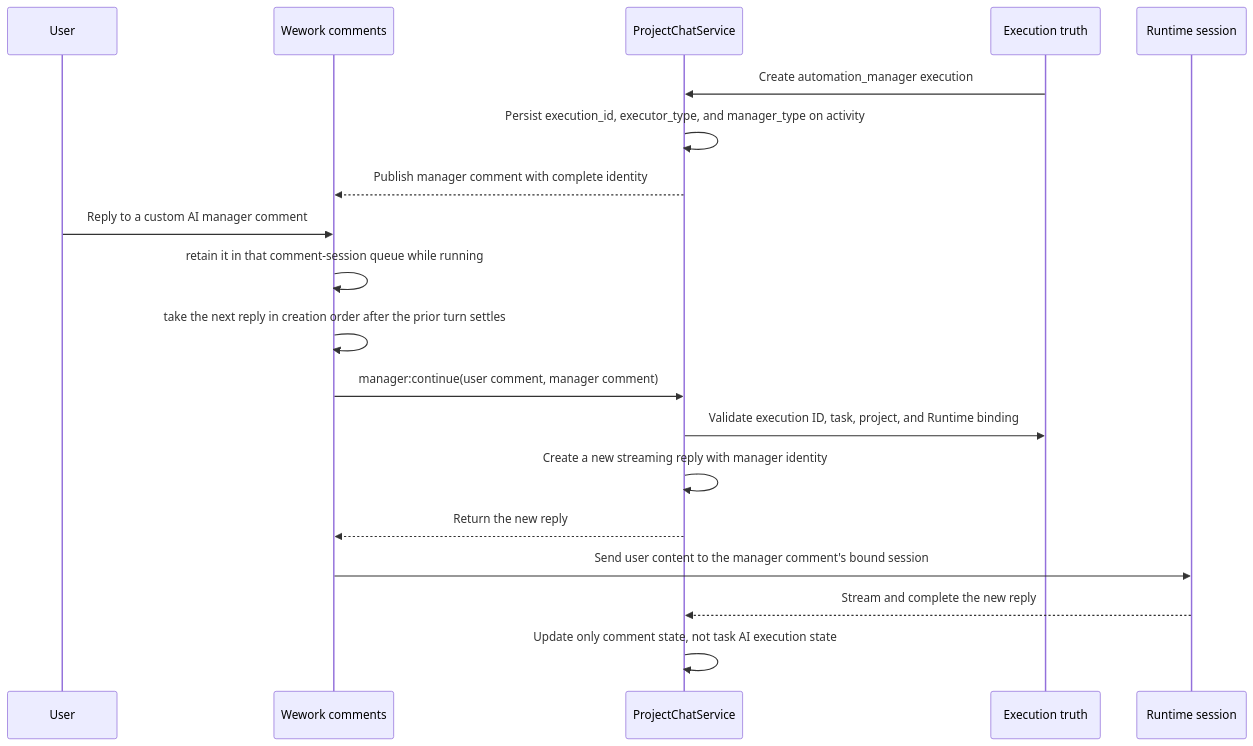
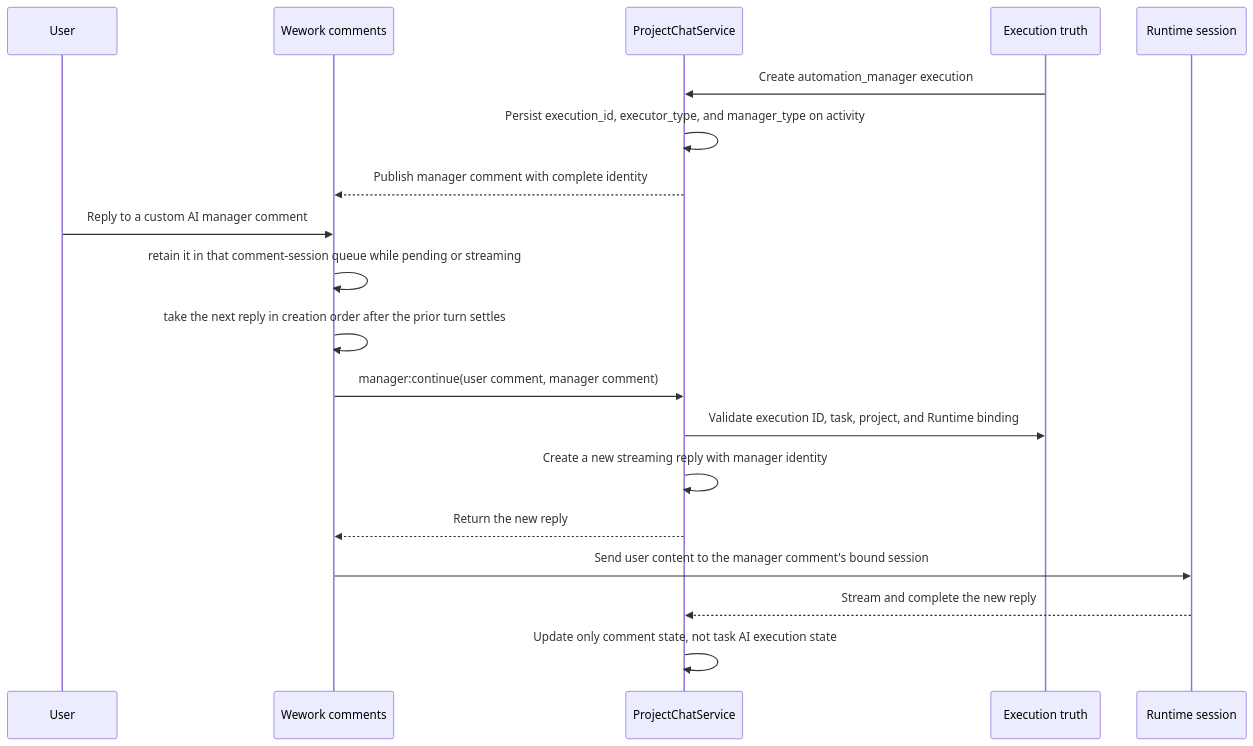
One commit to wecode-ai/Wegent changed the second of 2 diagrams in docs/en/architecture/automation-manager-continuation.md. Above: the diagram before and after it, drawn with Mermaid. The commit also changed other lines of this file and 3 other files, not shown here.

Commit message:
docs(architecture): clarify queued continuation states

````diff
--- a/docs/en/architecture/automation-manager-continuation.md
+++ b/docs/en/architecture/automation-manager-continuation.md
@@ -22,22 +22,22 @@
 ```mermaid
 sequenceDiagram
     participant U as User
     participant W as Wework comments
     participant C as ProjectChatService
     participant X as Execution truth
     participant R as Runtime session
 
     X->>C: Create automation_manager execution
     C->>C: Persist execution_id, executor_type, and manager_type on activity
     C-->>W: Publish manager comment with complete identity
     U->>W: Reply to a custom AI manager comment
-    W->>W: retain it in that comment-session queue while running
+    W->>W: retain it in that comment-session queue while pending or streaming
     W->>W: take the next reply in creation order after the prior turn settles
     W->>C: manager:continue(user comment, manager comment)
     C->>X: Validate execution ID, task, project, and Runtime binding
     C->>C: Create a new streaming reply with manager identity
     C-->>W: Return the new reply
     W->>R: Send user content to the manager comment's bound session
     R-->>C: Stream and complete the new reply
     C->>C: Update only comment state, not task AI execution state
 ```
````
